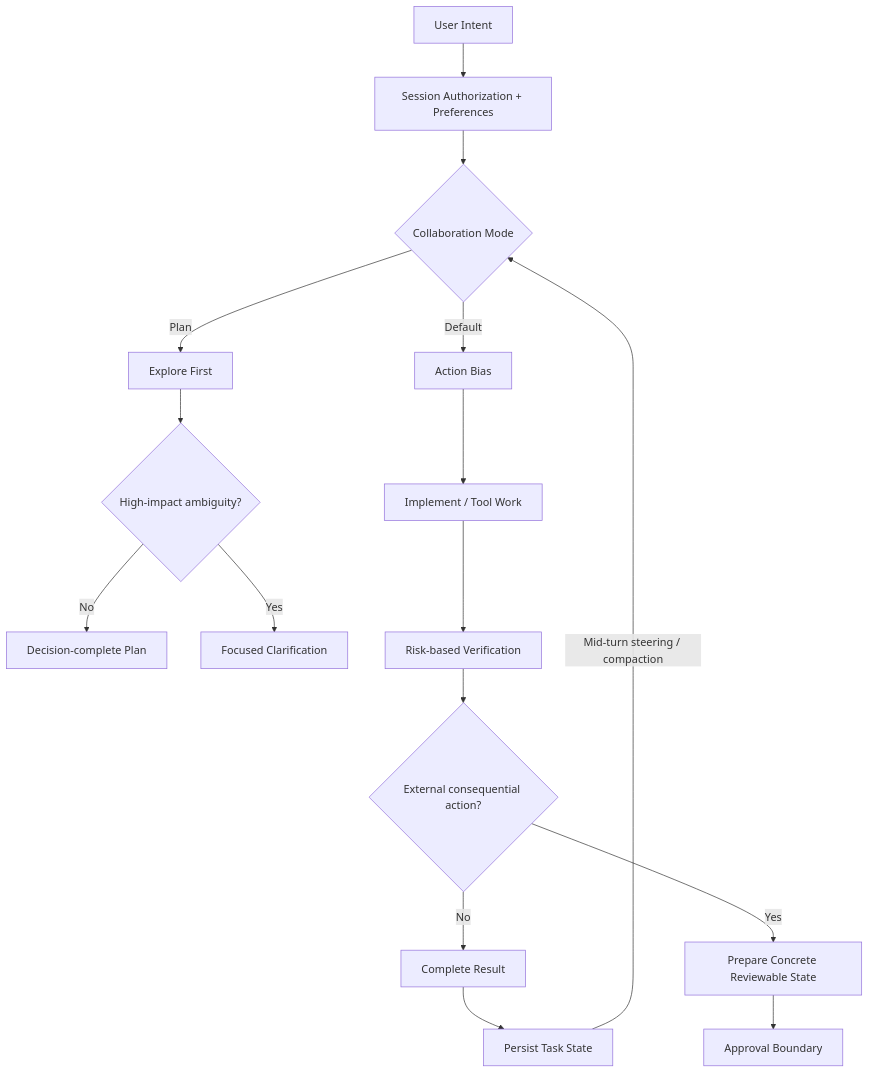
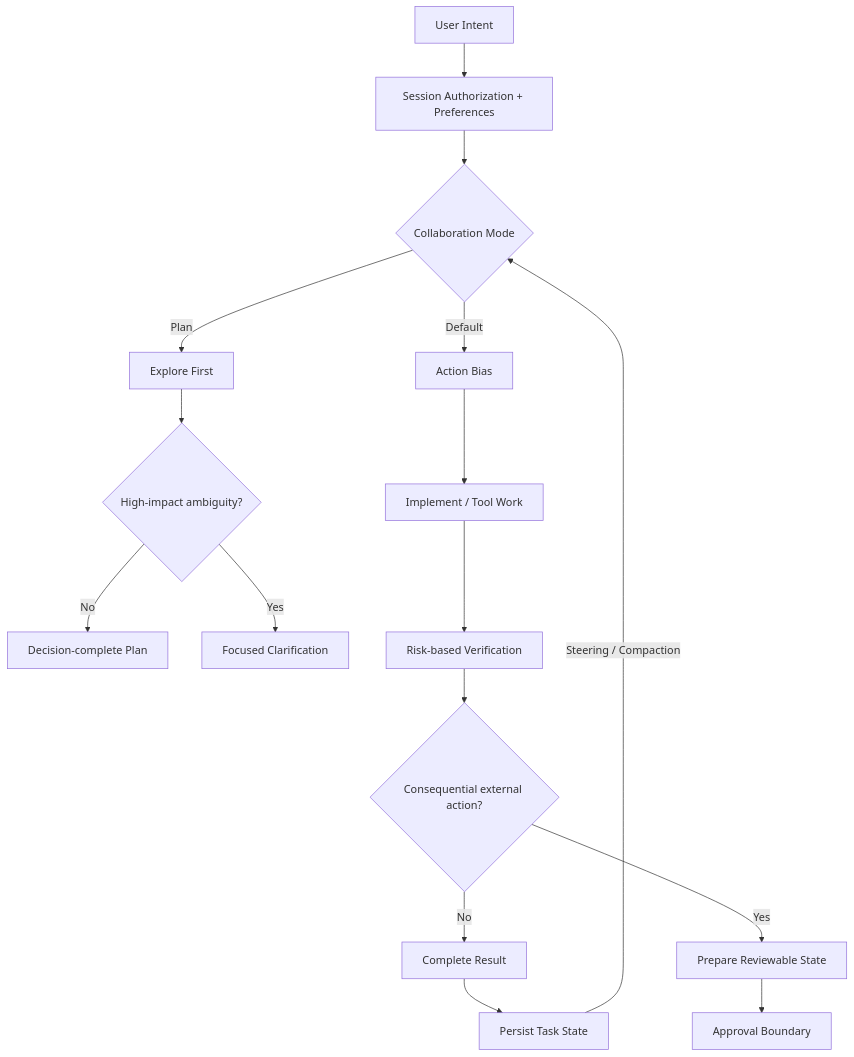
One commit to jaywapp/wiki changed the diagram in ai/news/gpt-6-astra.md. Above: the diagram before and after it, drawn with Mermaid. The commit also changed other lines of this file, not shown here.

````diff
--- a/ai/news/gpt-6-astra.md
+++ b/ai/news/gpt-6-astra.md
@@ -196,18 +195,18 @@
 ```mermaid
 flowchart TD
     U[User Intent] --> S[Session Authorization + Preferences]
     S --> M{Collaboration Mode}
     M -->|Default| A[Action Bias]
     M -->|Plan| E[Explore First]
     E --> Q{High-impact ambiguity?}
     Q -->|No| P[Decision-complete Plan]
     Q -->|Yes| C[Focused Clarification]
     A --> W[Implement / Tool Work]
     W --> V[Risk-based Verification]
-    V --> R{External consequential action?}
+    V --> R{Consequential external action?}
     R -->|No| F[Complete Result]
-    R -->|Yes| X[Prepare Concrete Reviewable State]
+    R -->|Yes| X[Prepare Reviewable State]
     X --> AP[Approval Boundary]
     F --> ST[Persist Task State]
-    ST -->|Mid-turn steering / compaction| M
+    ST -->|Steering / Compaction| M
 ```
````
